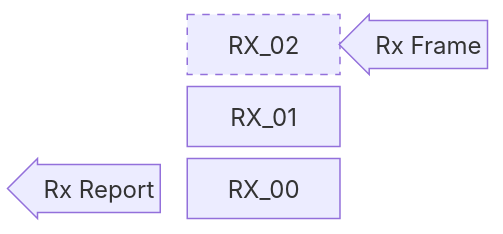
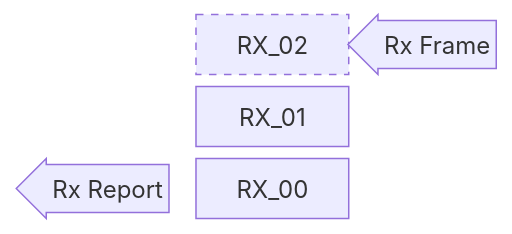
One commit to Nakakiyo092/usb2canfdv1 changed the first of 2 diagrams in doc/7.-Buffer-Strategy.md. Above: the diagram before and after it, drawn with Mermaid.

Commit message:
Increase columns in CAN Rx Buffer diagram

````diff
--- a/doc/7.-Buffer-Strategy.md
+++ b/doc/7.-Buffer-Strategy.md
@@ -11,10 +11,10 @@
 ```mermaid
 block
-  columns 3
+  columns 5
 
-  space                              RX_02  blockArrowId1<["Rx Frame"]>(left)
-  space                              RX_01  space
-  blockArrowId2<["Rx Report"]>(left) RX_00  space
+  space  space                              RX_02  blockArrowId1<["Rx Frame"]>(left)  space
+  space  space                              RX_01  space                              space
+  space  blockArrowId2<["Rx Report"]>(left) RX_00  space                              space
 
   style RX_02 stroke-dasharray: 5 5
 ```
````
